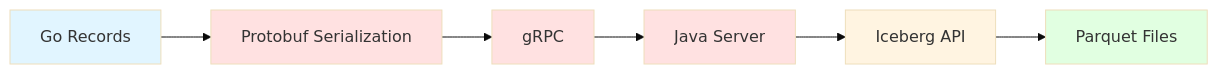
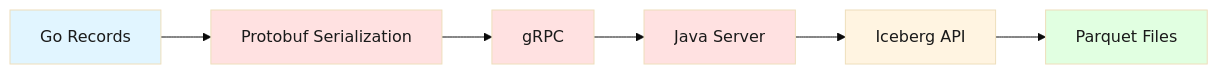
The first of 2 diagrams in blog/2025-12-18-olake-now-an-arrow-based-iceberg-ingestion-tool.mdx (datazip-inc/olake-docs), drawn with Mermaid (base theme) before and after one commit. The commit also changed other lines of this file and 78 other files, not shown here.

````diff
--- a/blog/2025-12-18-olake-now-an-arrow-based-iceberg-ingestion-tool.mdx
+++ b/blog/2025-12-18-olake-now-an-arrow-based-iceberg-ingestion-tool.mdx
@@ -48,15 +48,15 @@
 ```mermaid
 graph LR
     A[Go Records] --> B[Protobuf Serialization]
     B --> C[gRPC]
     C --> D[Java Server]
     D --> E[Iceberg API]
     E --> F[Parquet Files]
 
-    style A fill:#e1f5ff
-    style B fill:#ffe1e1
-    style C fill:#ffe1e1
-    style D fill:#ffe1e1
-    style E fill:#fff4e1
-    style F fill:#e1ffe1
+    style A fill:#e1f5ff,color:#1a1a1a
+    style B fill:#ffe1e1,color:#1a1a1a
+    style C fill:#ffe1e1,color:#1a1a1a
+    style D fill:#ffe1e1,color:#1a1a1a
+    style E fill:#fff4e1,color:#1a1a1a
+    style F fill:#e1ffe1,color:#1a1a1a
 ```
````
